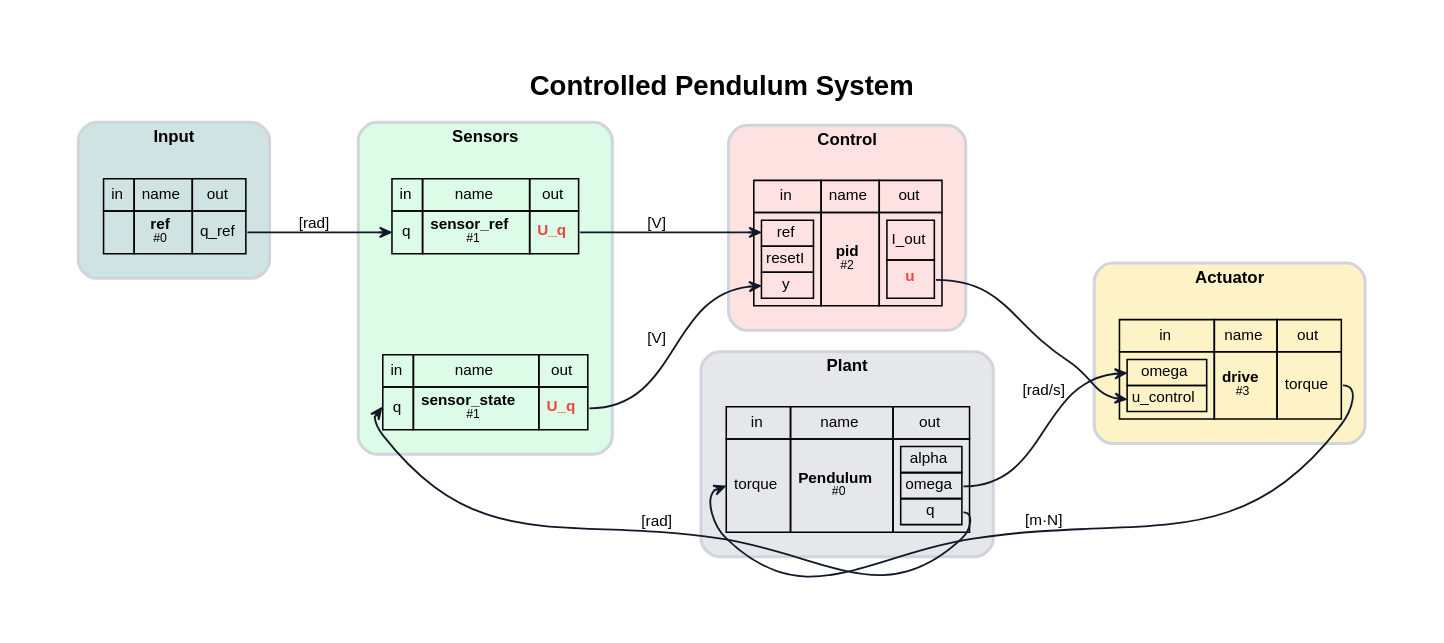
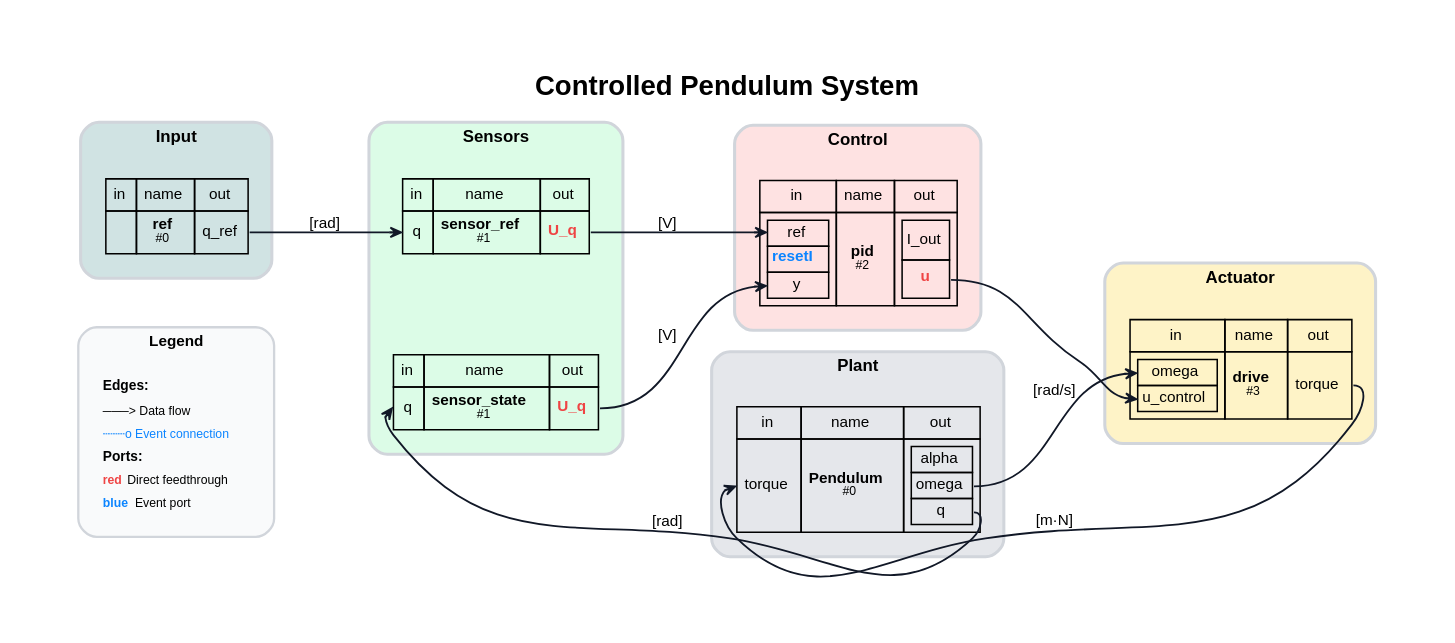
Before and after one commit to FlorianFrech/SystemSimulation: the diagram in demos/ControlledPendulum/Digraph.gv, drawn with Graphviz. The commit also changed 43 other files, not shown here.

```diff
--- a/demos/ControlledPendulum/Digraph.gv
+++ b/demos/ControlledPendulum/Digraph.gv
@@ -1,34 +1,47 @@
 // System: Controlled Pendulum System
 digraph {
 	graph [bgcolor=white compound=true esep=0 fontname="Helvetica-Bold" fontsize=18 label="Controlled Pendulum System" labelloc=t margin=0.2 nodesep=0.8 pad=0.5 rankdir=LR ranksep=0.8 sep=0 splines=true]
 	node [fillcolor=white fontname=Helvetica fontsize=10 margin="0.05,0.05" shape=plaintext style=""]
 	edge [arrowhead=vee arrowsize=0.7 arrowtail=none color="#111827" dir=forward fontname=Helvetica fontsize=10 labelangle=45 labelfontcolor="#374151" minlen=1.2 penwidth=1.2]
+	subgraph cluster_legend {
+		bgcolor="#f9fafb" color="#d1d5db" fontname="Helvetica-Bold" fontsize=10 label=Legend margin=8 penwidth=1.5 rank=sink style=rounded
+		legend_node [label=<
+            <TABLE BORDER="0" CELLBORDER="0" CELLSPACING="2" CELLPADDING="2">
+                <TR><TD ALIGN="LEFT"><FONT POINT-SIZE="9"><B>Edges:</B></FONT></TD></TR>
+                <TR><TD ALIGN="LEFT"><FONT POINT-SIZE="8">───&gt; Data flow</FONT></TD></TR>
+                <TR><TD ALIGN="LEFT"><FONT POINT-SIZE="8" COLOR="#0b84ff">┄┄┄o Event connection</FONT></TD></TR>
+                <TR><TD ALIGN="LEFT"><FONT POINT-SIZE="9"><B>Ports:</B></FONT></TD></TR>
+                <TR><TD ALIGN="LEFT"><FONT POINT-SIZE="8" COLOR="#ef4444"><B>red</B></FONT> Direct feedthrough</TD></TR>
+                <TR><TD ALIGN="LEFT"><FONT POINT-SIZE="8" COLOR="#0b84ff"><B>blue</B></FONT> Event port</TD></TR>
+            </TABLE>
+            > fontsize=8 shape=plaintext]
+	}
 	subgraph cluster_Input {
 		bgcolor="#d0e3e3" color="#d1d5db" fontname="Helvetica-Bold" fontsize=11 label=Input margin=12 penwidth=2 style=rounded
 		ref [label=<<TABLE BORDER="0" CELLBORDER="1" CELLSPACING="0" CELLPADDING="4"><TR><TD>in</TD><TD>name</TD><TD>out</TD></TR><TR><TD></TD><TD><B>ref</B><BR/><FONT POINT-SIZE="8">#0</FONT></TD><TD PORT="q_ref">q_ref</TD></TR></TABLE>>]
 	}
 	subgraph cluster_Sensors {
 		bgcolor="#dcfce7" color="#d1d5db" fontname="Helvetica-Bold" fontsize=11 label=Sensors margin=12 penwidth=2 style=rounded
 		sensor_ref [label=<<TABLE BORDER="0" CELLBORDER="1" CELLSPACING="0" CELLPADDING="4"><TR><TD>in</TD><TD>name</TD><TD>out</TD></TR><TR><TD PORT="q">q</TD><TD><B>sensor_ref</B><BR/><FONT POINT-SIZE="8">#1</FONT></TD><TD PORT="U_q"><FONT COLOR="#ef4444"><B>U_q</B></FONT></TD></TR></TABLE>>]
 		sensor_state [label=<<TABLE BORDER="0" CELLBORDER="1" CELLSPACING="0" CELLPADDING="4"><TR><TD>in</TD><TD>name</TD><TD>out</TD></TR><TR><TD PORT="q">q</TD><TD><B>sensor_state</B><BR/><FONT POINT-SIZE="8">#1</FONT></TD><TD PORT="U_q"><FONT COLOR="#ef4444"><B>U_q</B></FONT></TD></TR></TABLE>>]
 	}
 	subgraph cluster_Control {
 		bgcolor="#fee2e2" color="#d1d5db" fontname="Helvetica-Bold" fontsize=11 label=Control margin=12 penwidth=2 style=rounded
-		pid [label=<<TABLE BORDER="0" CELLBORDER="1" CELLSPACING="0" CELLPADDING="4"><TR><TD>in</TD><TD>name</TD><TD>out</TD></TR><TR><TD><TABLE BORDER="0" CELLBORDER="1" CELLSPACING="0" CELLPADDING="2"><TR><TD PORT="ref">ref</TD></TR><TR><TD PORT="resetI">resetI</TD></TR><TR><TD PORT="y">y</TD></TR></TABLE></TD><TD><B>pid</B><BR/><FONT POINT-SIZE="8">#2</FONT></TD><TD><TABLE BORDER="0" CELLBORDER="1" CELLSPACING="0" CELLPADDING="2"><TR><TD PORT="I_out">I_out</TD></TR><TR><TD PORT="u"><FONT COLOR="#ef4444"><B>u</B></FONT></TD></TR></TABLE></TD></TR></TABLE>>]
+		pid [label=<<TABLE BORDER="0" CELLBORDER="1" CELLSPACING="0" CELLPADDING="4"><TR><TD>in</TD><TD>name</TD><TD>out</TD></TR><TR><TD><TABLE BORDER="0" CELLBORDER="1" CELLSPACING="0" CELLPADDING="2"><TR><TD PORT="ref">ref</TD></TR><TR><TD PORT="resetI"><FONT COLOR="#0b84ff"><B>resetI</B></FONT></TD></TR><TR><TD PORT="y">y</TD></TR></TABLE></TD><TD><B>pid</B><BR/><FONT POINT-SIZE="8">#2</FONT></TD><TD><TABLE BORDER="0" CELLBORDER="1" CELLSPACING="0" CELLPADDING="2"><TR><TD PORT="I_out">I_out</TD></TR><TR><TD PORT="u"><FONT COLOR="#ef4444"><B>u</B></FONT></TD></TR></TABLE></TD></TR></TABLE>>]
 	}
 	subgraph cluster_Actuator {
 		bgcolor="#fef3c7" color="#d1d5db" fontname="Helvetica-Bold" fontsize=11 label=Actuator margin=12 penwidth=2 style=rounded
 		drive [label=<<TABLE BORDER="0" CELLBORDER="1" CELLSPACING="0" CELLPADDING="4"><TR><TD>in</TD><TD>name</TD><TD>out</TD></TR><TR><TD><TABLE BORDER="0" CELLBORDER="1" CELLSPACING="0" CELLPADDING="2"><TR><TD PORT="omega">omega</TD></TR><TR><TD PORT="u_control">u_control</TD></TR></TABLE></TD><TD><B>drive</B><BR/><FONT POINT-SIZE="8">#3</FONT></TD><TD PORT="torque">torque</TD></TR></TABLE>>]
 	}
 	subgraph cluster_Plant {
 		bgcolor="#e5e7eb" color="#d1d5db" fontname="Helvetica-Bold" fontsize=11 label=Plant margin=12 penwidth=2 style=rounded
 		Pendulum [label=<<TABLE BORDER="0" CELLBORDER="1" CELLSPACING="0" CELLPADDING="4"><TR><TD>in</TD><TD>name</TD><TD>out</TD></TR><TR><TD PORT="torque">torque</TD><TD><B>Pendulum</B><BR/><FONT POINT-SIZE="8">#0</FONT></TD><TD><TABLE BORDER="0" CELLBORDER="1" CELLSPACING="0" CELLPADDING="2"><TR><TD PORT="alpha">alpha</TD></TR><TR><TD PORT="omega">omega</TD></TR><TR><TD PORT="q">q</TD></TR></TABLE></TD></TR></TABLE>>]
 	}
 	ref -> sensor_ref [label="[rad]" color="#111827" headclip=true headport="q:w" style=solid tailclip=true tailport="q_ref:e"]
 	Pendulum -> sensor_state [label="[rad]" color="#111827" headclip=true headport="q:w" style=solid tailclip=true tailport="q:e"]
 	sensor_ref -> pid [label="[V]" color="#111827" headclip=true headport="ref:w" style=solid tailclip=true tailport="U_q:e"]
 	sensor_state -> pid [label="[V]" color="#111827" headclip=true headport="y:w" style=solid tailclip=true tailport="U_q:e"]
 	pid -> drive [label="" color="#111827" headclip=true headport="u_control:w" style=solid tailclip=true tailport="u:e"]
 	drive -> Pendulum [label="[m·N]" color="#111827" headclip=true headport="torque:w" style=solid tailclip=true tailport="torque:e"]
 	Pendulum -> drive [label="[rad/s]" color="#111827" headclip=true headport="omega:w" style=solid tailclip=true tailport="omega:e"]
 }
```
